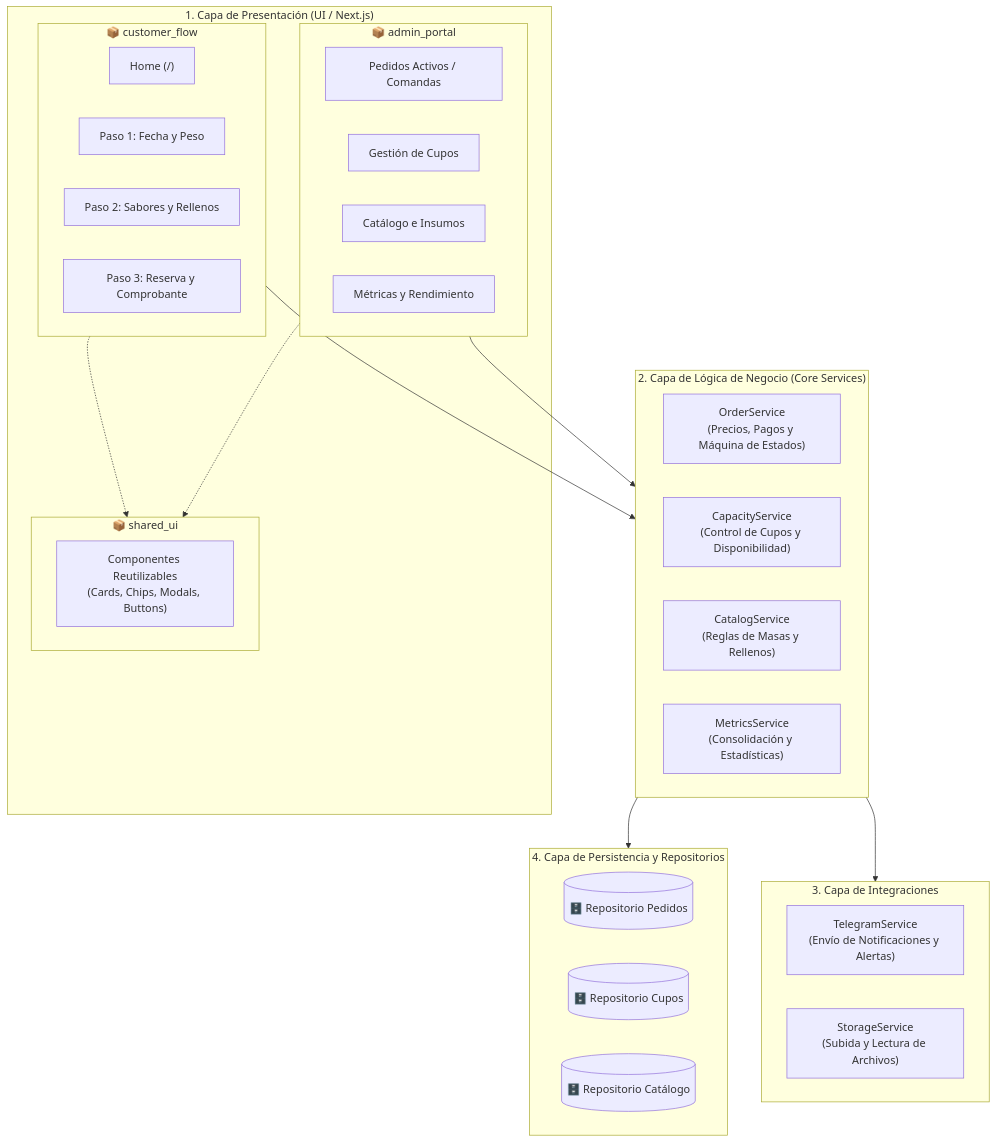
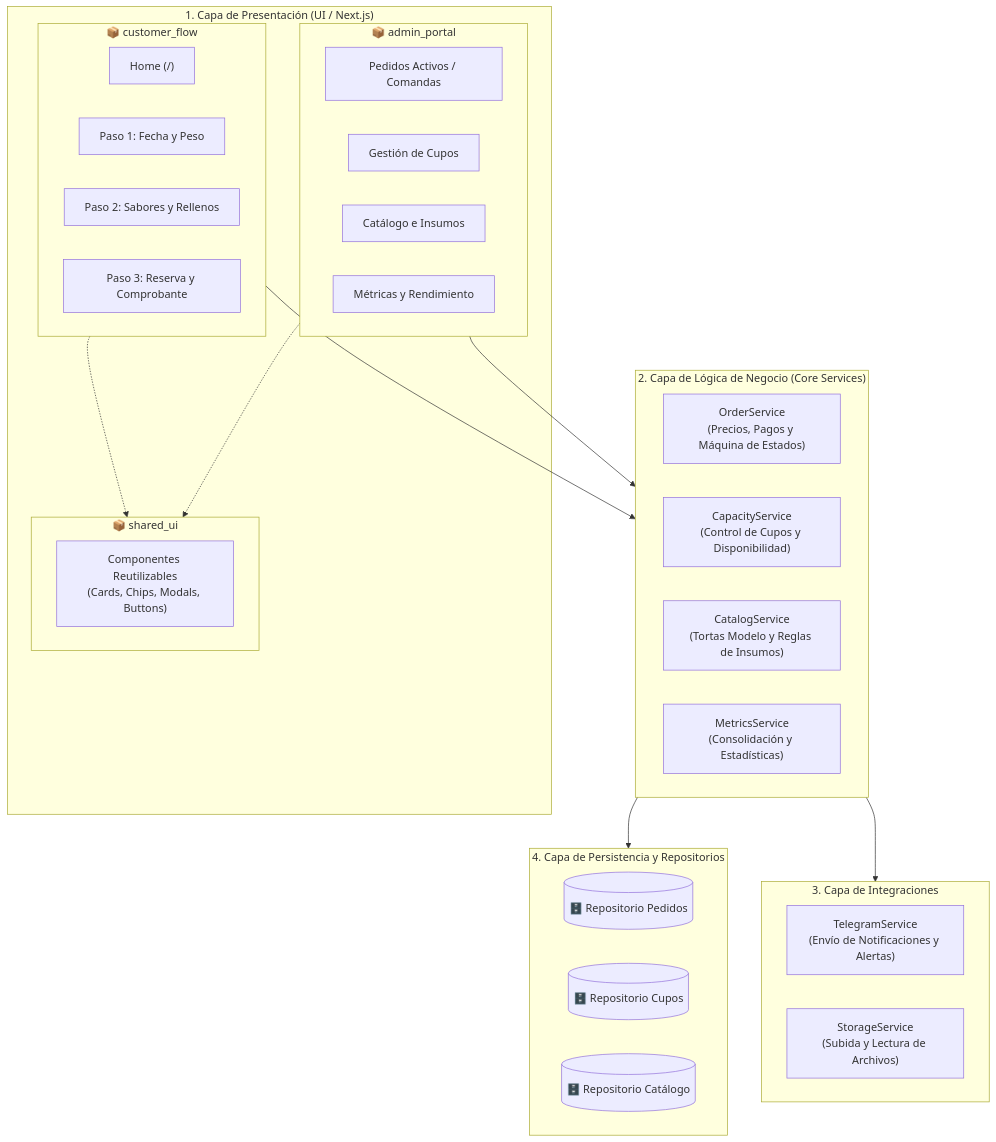
Before and after one commit to til-unca-2026/pasteleria-yonatanAhumada: the second of 3 diagrams in docs/05-metodologia.md, drawn with Mermaid. The commit also changed other lines of this file and 4 other files, not shown here.

Commit message:
docs: actualizar mockups v2 de catalogo y diagrama entidad-relacion con tortas modelo

````diff
--- a/docs/05-metodologia.md
+++ b/docs/05-metodologia.md
@@ -76,49 +76,49 @@
 ```mermaid
 flowchart TB
     subgraph UI["1. Capa de Presentación (UI / Next.js)"]
         subgraph Customer["📦 customer_flow"]
             C1["Home (/)"]
             C2["Paso 1: Fecha y Peso"]
             C3["Paso 2: Sabores y Rellenos"]
             C4["Paso 3: Reserva y Comprobante"]
         end
 
         subgraph Admin["📦 admin_portal"]
             A1["Pedidos Activos / Comandas"]
             A2["Gestión de Cupos"]
             A3["Catálogo e Insumos"]
             A4["Métricas y Rendimiento"]
         end
 
         subgraph Shared["📦 shared_ui"]
             S1["Componentes Reutilizables<br/>(Cards, Chips, Modals, Buttons)"]
         end
     end
 
     subgraph Core["2. Capa de Lógica de Negocio (Core Services)"]
         S_Order["OrderService<br/>(Precios, Pagos y Máquina de Estados)"]
         S_Cap["CapacityService<br/>(Control de Cupos y Disponibilidad)"]
-        S_Cat["CatalogService<br/>(Reglas de Masas y Rellenos)"]
+        S_Cat["CatalogService<br/>(Tortas Modelo y Reglas de Insumos)"]
         S_Met["MetricsService<br/>(Consolidación y Estadísticas)"]
     end
 
     subgraph Integrations["3. Capa de Integraciones"]
         T_Bot["TelegramService<br/>(Envío de Notificaciones y Alertas)"]
         F_Store["StorageService<br/>(Subida y Lectura de Archivos)"]
     end
 
     subgraph Data["4. Capa de Persistencia y Repositorios"]
         DB_Orders[("🗄️ Repositorio Pedidos")]
         DB_Slots[("🗄️ Repositorio Cupos")]
         DB_Cat[("🗄️ Repositorio Catálogo")]
     end
 
     %% Relaciones
     Customer --> Core
     Admin --> Core
     Customer -.-> Shared
     Admin -.-> Shared
 
     Core --> Data
     Core --> Integrations
 ```
````
